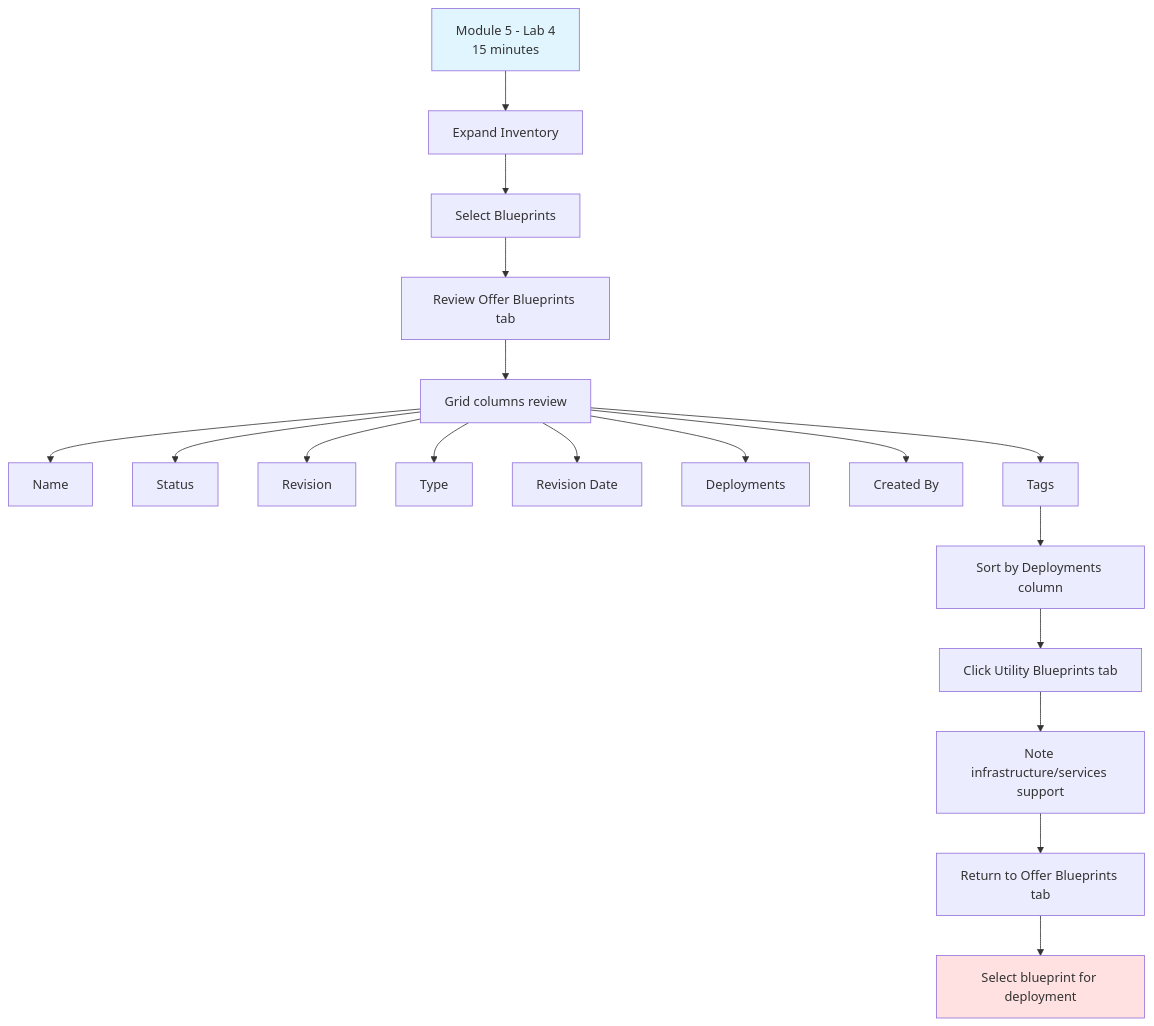
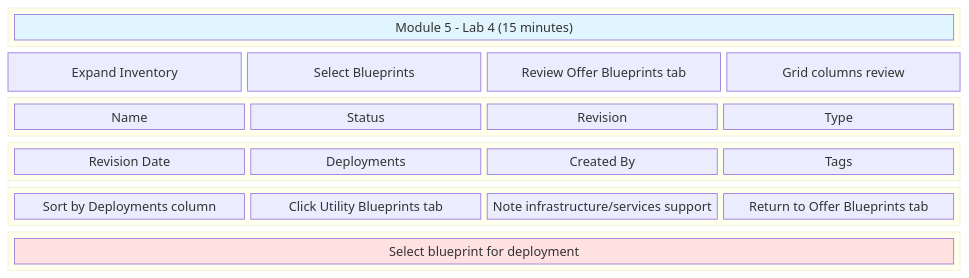
The diagram in docs/Instructor_Screen_Flow/slide_05_module5_lab4.mmd (tme-tech-ops/take-it-for-a-spin-partner-training), drawn with Mermaid before and after one commit. The commit also changed 6 other files, not shown here.

First line of the commit message:
Convert diagrams from flowchart to block/grid layout

```diff
--- a/docs/Instructor_Screen_Flow/slide_05_module5_lab4.mmd
+++ b/docs/Instructor_Screen_Flow/slide_05_module5_lab4.mmd
@@ -1,21 +1,39 @@
-flowchart TD
-    A[Module 5 - Lab 4<br/>15 minutes] --> B[Expand Inventory]
-    B --> C[Select Blueprints]
-    C --> D[Review Offer Blueprints tab]
-    D --> E[Grid columns review]
-    E --> F[Name]
-    E --> G[Status]
-    E --> H[Revision]
-    E --> I[Type]
-    E --> J[Revision Date]
-    E --> K[Deployments]
-    E --> L[Created By]
-    E --> M[Tags]
-    M --> N[Sort by Deployments column]
-    N --> O[Click Utility Blueprints tab]
-    O --> P[Note infrastructure/services support]
-    P --> Q[Return to Offer Blueprints tab]
-    Q --> R[Select blueprint for deployment]
+block-beta
+    columns 4
+    
+    block:header:4
+        A["Module 5 - Lab 4 (15 minutes)"]
+    end
+    
+    B["Expand Inventory"]
+    C["Select Blueprints"]
+    D["Review Offer Blueprints tab"]
+    E["Grid columns review"]
+    
+    block:columns:4
+        F["Name"]
+        G["Status"]
+        H["Revision"]
+        I["Type"]
+    end
+    
+    block:columns2:4
+        J["Revision Date"]
+        K["Deployments"]
+        L["Created By"]
+        M["Tags"]
+    end
+    
+    block:actions:4
+        N["Sort by Deployments column"]
+        O["Click Utility Blueprints tab"]
+        P["Note infrastructure/services support"]
+        Q["Return to Offer Blueprints tab"]
+    end
+    
+    block:checkpoint:4
+        R["Select blueprint for deployment"]
+    end
 
     style A fill:#e1f5ff
     style R fill:#ffe1e1
```
